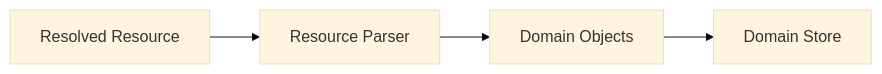
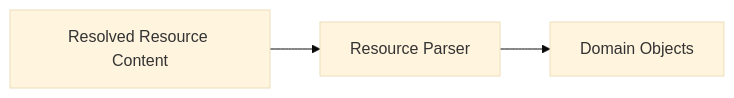
Before and after one commit to kjvonly/kjvonly.bible: the ninth of 13 diagrams in docs/decisions/0002-domain-resource-model.md, drawn with Mermaid (base theme). The commit also changed other lines of this file, not shown here.

````diff
--- a/docs/decisions/0002-domain-resource-model.md
+++ b/docs/decisions/0002-domain-resource-model.md
@@ -1028,11 +707,9 @@
 ```mermaid
 flowchart LR
 
-    RESOURCE["Resolved Resource"]
+    RESOURCE["Resolved Resource Content"]
 
     RESOURCE --> PARSER["Resource Parser"]
 
     PARSER --> OBJECTS["Domain Objects"]
-
-    OBJECTS --> STORE["Domain Store"]
 ```
````
